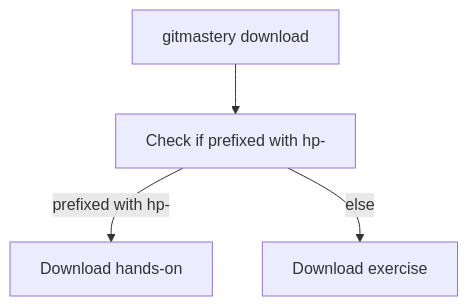
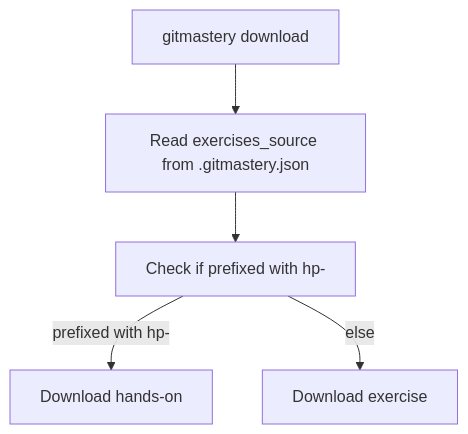
One commit to git-mastery/developers changed the first of 3 diagrams in docs/exercises/download-workflow.md. Above: the diagram before and after it, drawn with Mermaid. The commit also changed other lines of this file and 5 other files, not shown here.

````diff
--- a/docs/exercises/download-workflow.md
+++ b/docs/exercises/download-workflow.md
@@ -15,6 +15,7 @@
 ```mermaid
 flowchart
-a[gitmastery download] --> b[Check if prefixed with hp-]
+a[gitmastery download] --> a1[Read exercises_source from .gitmastery.json]
+a1 --> b[Check if prefixed with hp-]
 b -- prefixed with hp- --> c[Download hands-on]
 b -- else --> d[Download exercise]
 ```
````
